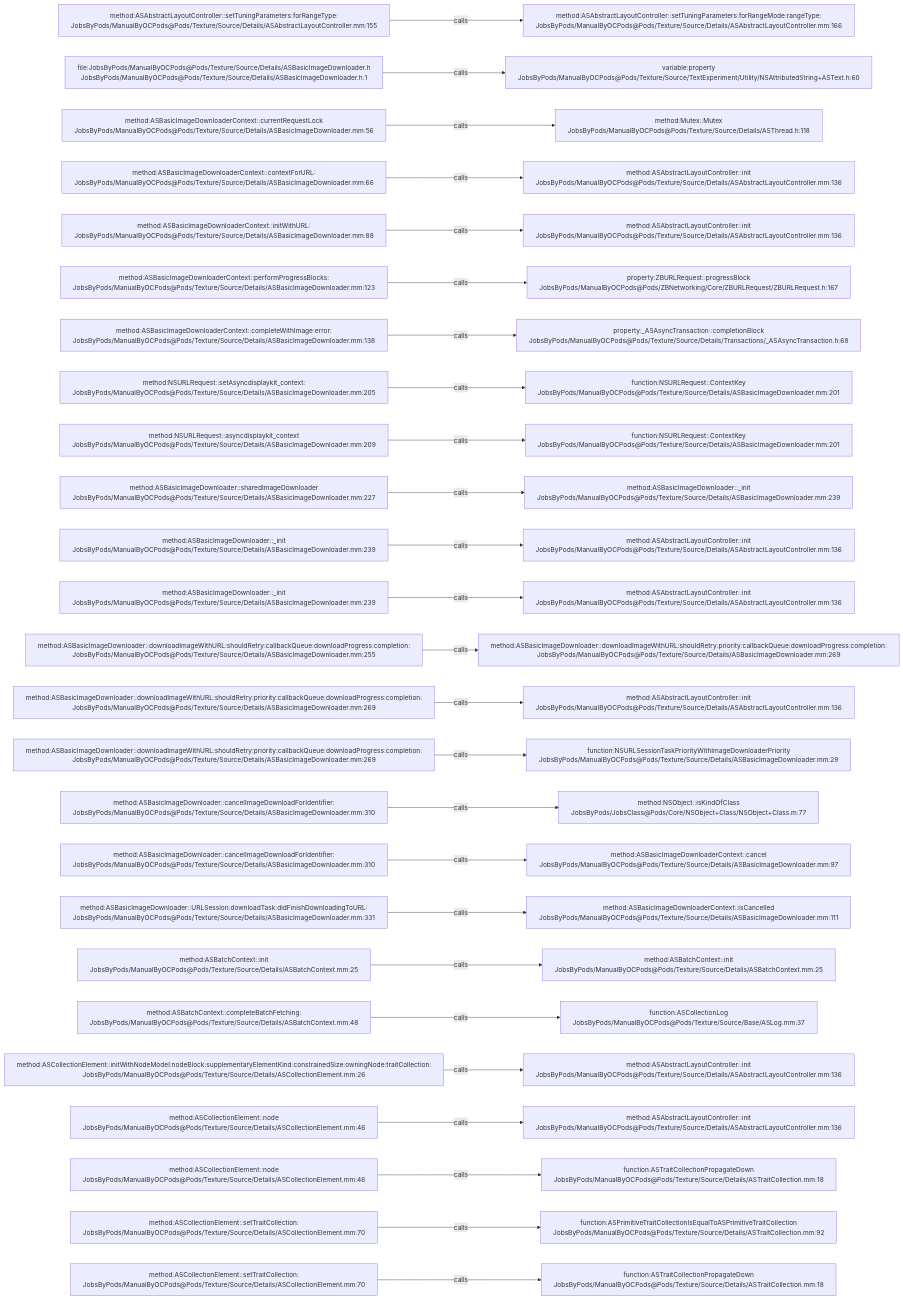
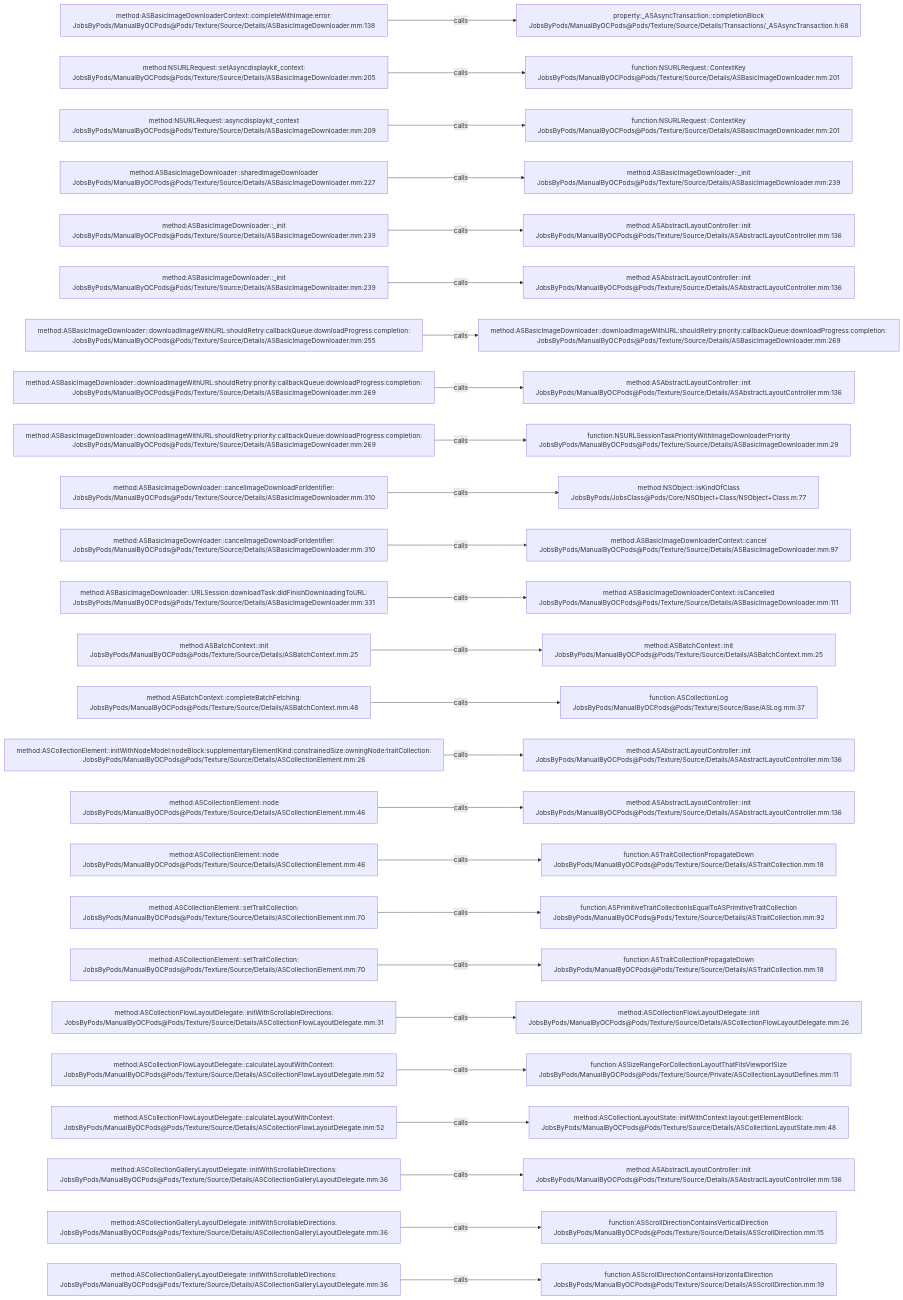
Before and after one commit to JobsKits/JobsOCBaseConfigDemo: the diagram in .codegraph/codegraph.md/graphs/calls-143.md, drawn with Mermaid. The commit also changed 666 other files, not shown here.

````diff
--- a/.codegraph/codegraph.md/graphs/calls-143.md
+++ b/.codegraph/codegraph.md/graphs/calls-143.md
@@ -13,78 +13,78 @@
 ```mermaid
 flowchart LR
-  S1["method:ASAbstractLayoutController::setTuningParameters:forRangeType:<br/>JobsByPods/ManualByOCPods@Pods/Texture/Source/Details/ASAbstractLayoutController.mm:155"]
-  T1["method:ASAbstractLayoutController::setTuningParameters:forRangeMode:rangeType:<br/>JobsByPods/ManualByOCPods@Pods/Texture/Source/Details/ASAbstractLayoutController.mm:166"]
+  S1["method:ASBasicImageDownloaderContext::completeWithImage:error:<br/>JobsByPods/ManualByOCPods@Pods/Texture/Source/Details/ASBasicImageDownloader.mm:138"]
+  T1["property:_ASAsyncTransaction::completionBlock<br/>JobsByPods/ManualByOCPods@Pods/Texture/Source/Details/Transactions/_ASAsyncTransaction.h:68"]
   S1 -->|calls| T1
-  S2["file:JobsByPods/ManualByOCPods@Pods/Texture/Source/Details/ASBasicImageDownloader.h<br/>JobsByPods/ManualByOCPods@Pods/Texture/Source/Details/ASBasicImageDownloader.h:1"]
-  T2["variable:property<br/>JobsByPods/ManualByOCPods@Pods/Texture/Source/TextExperiment/Utility/NSAttributedString+ASText.h:60"]
+  S2["method:NSURLRequest::setAsyncdisplaykit_context:<br/>JobsByPods/ManualByOCPods@Pods/Texture/Source/Details/ASBasicImageDownloader.mm:205"]
+  T2["function:NSURLRequest::ContextKey<br/>JobsByPods/ManualByOCPods@Pods/Texture/Source/Details/ASBasicImageDownloader.mm:201"]
   S2 -->|calls| T2
-  S3["method:ASBasicImageDownloaderContext::currentRequestLock<br/>JobsByPods/ManualByOCPods@Pods/Texture/Source/Details/ASBasicImageDownloader.mm:56"]
-  T3["method:Mutex::Mutex<br/>JobsByPods/ManualByOCPods@Pods/Texture/Source/Details/ASThread.h:118"]
+  S3["method:NSURLRequest::asyncdisplaykit_context<br/>JobsByPods/ManualByOCPods@Pods/Texture/Source/Details/ASBasicImageDownloader.mm:209"]
+  T3["function:NSURLRequest::ContextKey<br/>JobsByPods/ManualByOCPods@Pods/Texture/Source/Details/ASBasicImageDownloader.mm:201"]
   S3 -->|calls| T3
-  S4["method:ASBasicImageDownloaderContext::contextForURL:<br/>JobsByPods/ManualByOCPods@Pods/Texture/Source/Details/ASBasicImageDownloader.mm:66"]
-  T4["method:ASAbstractLayoutController::init<br/>JobsByPods/ManualByOCPods@Pods/Texture/Source/Details/ASAbstractLayoutController.mm:136"]
+  S4["method:ASBasicImageDownloader::sharedImageDownloader<br/>JobsByPods/ManualByOCPods@Pods/Texture/Source/Details/ASBasicImageDownloader.mm:227"]
+  T4["method:ASBasicImageDownloader::_init<br/>JobsByPods/ManualByOCPods@Pods/Texture/Source/Details/ASBasicImageDownloader.mm:239"]
   S4 -->|calls| T4
-  S5["method:ASBasicImageDownloaderContext::initWithURL:<br/>JobsByPods/ManualByOCPods@Pods/Texture/Source/Details/ASBasicImageDownloader.mm:88"]
+  S5["method:ASBasicImageDownloader::_init<br/>JobsByPods/ManualByOCPods@Pods/Texture/Source/Details/ASBasicImageDownloader.mm:239"]
   T5["method:ASAbstractLayoutController::init<br/>JobsByPods/ManualByOCPods@Pods/Texture/Source/Details/ASAbstractLayoutController.mm:136"]
   S5 -->|calls| T5
-  S6["method:ASBasicImageDownloaderContext::performProgressBlocks:<br/>JobsByPods/ManualByOCPods@Pods/Texture/Source/Details/ASBasicImageDownloader.mm:123"]
-  T6["property:ZBURLRequest::progressBlock<br/>JobsByPods/ManualByOCPods@Pods/ZBNetworking/Core/ZBURLRequest/ZBURLRequest.h:167"]
+  S6["method:ASBasicImageDownloader::_init<br/>JobsByPods/ManualByOCPods@Pods/Texture/Source/Details/ASBasicImageDownloader.mm:239"]
+  T6["method:ASAbstractLayoutController::init<br/>JobsByPods/ManualByOCPods@Pods/Texture/Source/Details/ASAbstractLayoutController.mm:136"]
   S6 -->|calls| T6
-  S7["method:ASBasicImageDownloaderContext::completeWithImage:error:<br/>JobsByPods/ManualByOCPods@Pods/Texture/Source/Details/ASBasicImageDownloader.mm:138"]
-  T7["property:_ASAsyncTransaction::completionBlock<br/>JobsByPods/ManualByOCPods@Pods/Texture/Source/Details/Transactions/_ASAsyncTransaction.h:68"]
+  S7["method:ASBasicImageDownloader::downloadImageWithURL:shouldRetry:callbackQueue:downloadProgress:completion:<br/>JobsByPods/ManualByOCPods@Pods/Texture/Source/Details/ASBasicImageDownloader.mm:255"]
+  T7["method:ASBasicImageDownloader::downloadImageWithURL:shouldRetry:priority:callbackQueue:downloadProgress:completion:<br/>JobsByPods/ManualByOCPods@Pods/Texture/Source/Details/ASBasicImageDownloader.mm:269"]
   S7 -->|calls| T7
-  S8["method:NSURLRequest::setAsyncdisplaykit_context:<br/>JobsByPods/ManualByOCPods@Pods/Texture/Source/Details/ASBasicImageDownloader.mm:205"]
-  T8["function:NSURLRequest::ContextKey<br/>JobsByPods/ManualByOCPods@Pods/Texture/Source/Details/ASBasicImageDownloader.mm:201"]
+  S8["method:ASBasicImageDownloader::downloadImageWithURL:shouldRetry:priority:callbackQueue:downloadProgress:completion:<br/>JobsByPods/ManualByOCPods@Pods/Texture/Source/Details/ASBasicImageDownloader.mm:269"]
+  T8["method:ASAbstractLayoutController::init<br/>JobsByPods/ManualByOCPods@Pods/Texture/Source/Details/ASAbstractLayoutController.mm:136"]
   S8 -->|calls| T8
-  S9["method:NSURLRequest::asyncdisplaykit_context<br/>JobsByPods/ManualByOCPods@Pods/Texture/Source/Details/ASBasicImageDownloader.mm:209"]
-  T9["function:NSURLRequest::ContextKey<br/>JobsByPods/ManualByOCPods@Pods/Texture/Source/Details/ASBasicImageDownloader.mm:201"]
+  S9["method:ASBasicImageDownloader::downloadImageWithURL:shouldRetry:priority:callbackQueue:downloadProgress:completion:<br/>JobsByPods/ManualByOCPods@Pods/Texture/Source/Details/ASBasicImageDownloader.mm:269"]
+  T9["function:NSURLSessionTaskPriorityWithImageDownloaderPriority<br/>JobsByPods/ManualByOCPods@Pods/Texture/Source/Details/ASBasicImageDownloader.mm:29"]
   S9 -->|calls| T9
-  S10["method:ASBasicImageDownloader::sharedImageDownloader<br/>JobsByPods/ManualByOCPods@Pods/Texture/Source/Details/ASBasicImageDownloader.mm:227"]
-  T10["method:ASBasicImageDownloader::_init<br/>JobsByPods/ManualByOCPods@Pods/Texture/Source/Details/ASBasicImageDownloader.mm:239"]
+  S10["method:ASBasicImageDownloader::cancelImageDownloadForIdentifier:<br/>JobsByPods/ManualByOCPods@Pods/Texture/Source/Details/ASBasicImageDownloader.mm:310"]
+  T10["method:NSObject::isKindOfClass<br/>JobsByPods/JobsClass@Pods/Core/NSObject+Class/NSObject+Class.m:77"]
   S10 -->|calls| T10
-  S11["method:ASBasicImageDownloader::_init<br/>JobsByPods/ManualByOCPods@Pods/Texture/Source/Details/ASBasicImageDownloader.mm:239"]
-  T11["method:ASAbstractLayoutController::init<br/>JobsByPods/ManualByOCPods@Pods/Texture/Source/Details/ASAbstractLayoutController.mm:136"]
+  S11["method:ASBasicImageDownloader::cancelImageDownloadForIdentifier:<br/>JobsByPods/ManualByOCPods@Pods/Texture/Source/Details/ASBasicImageDownloader.mm:310"]
+  T11["method:ASBasicImageDownloaderContext::cancel<br/>JobsByPods/ManualByOCPods@Pods/Texture/Source/Details/ASBasicImageDownloader.mm:97"]
   S11 -->|calls| T11
-  S12["method:ASBasicImageDownloader::_init<br/>JobsByPods/ManualByOCPods@Pods/Texture/Source/Details/ASBasicImageDownloader.mm:239"]
-  T12["method:ASAbstractLayoutController::init<br/>JobsByPods/ManualByOCPods@Pods/Texture/Source/Details/ASAbstractLayoutController.mm:136"]
+  S12["method:ASBasicImageDownloader::URLSession:downloadTask:didFinishDownloadingToURL:<br/>JobsByPods/ManualByOCPods@Pods/Texture/Source/Details/ASBasicImageDownloader.mm:331"]
+  T12["method:ASBasicImageDownloaderContext::isCancelled<br/>JobsByPods/ManualByOCPods@Pods/Texture/Source/Details/ASBasicImageDownloader.mm:111"]
   S12 -->|calls| T12
-  S13["method:ASBasicImageDownloader::downloadImageWithURL:shouldRetry:callbackQueue:downloadProgress:completion:<br/>JobsByPods/ManualByOCPods@Pods/Texture/Source/Details/ASBasicImageDownloader.mm:255"]
-  T13["method:ASBasicImageDownloader::downloadImageWithURL:shouldRetry:priority:callbackQueue:downloadProgress:completion:<br/>JobsByPods/ManualByOCPods@Pods/Texture/Source/Details/ASBasicImageDownloader.mm:269"]
+  S13["method:ASBatchContext::init<br/>JobsByPods/ManualByOCPods@Pods/Texture/Source/Details/ASBatchContext.mm:25"]
+  T13["method:ASBatchContext::init<br/>JobsByPods/ManualByOCPods@Pods/Texture/Source/Details/ASBatchContext.mm:25"]
   S13 -->|calls| T13
-  S14["method:ASBasicImageDownloader::downloadImageWithURL:shouldRetry:priority:callbackQueue:downloadProgress:completion:<br/>JobsByPods/ManualByOCPods@Pods/Texture/Source/Details/ASBasicImageDownloader.mm:269"]
-  T14["method:ASAbstractLayoutController::init<br/>JobsByPods/ManualByOCPods@Pods/Texture/Source/Details/ASAbstractLayoutController.mm:136"]
+  S14["method:ASBatchContext::completeBatchFetching:<br/>JobsByPods/ManualByOCPods@Pods/Texture/Source/Details/ASBatchContext.mm:48"]
+  T14["function:ASCollectionLog<br/>JobsByPods/ManualByOCPods@Pods/Texture/Source/Base/ASLog.mm:37"]
   S14 -->|calls| T14
-  S15["method:ASBasicImageDownloader::downloadImageWithURL:shouldRetry:priority:callbackQueue:downloadProgress:completion:<br/>JobsByPods/ManualByOCPods@Pods/Texture/Source/Details/ASBasicImageDownloader.mm:269"]
-  T15["function:NSURLSessionTaskPriorityWithImageDownloaderPriority<br/>JobsByPods/ManualByOCPods@Pods/Texture/Source/Details/ASBasicImageDownloader.mm:29"]
+  S15["method:ASCollectionElement::initWithNodeModel:nodeBlock:supplementaryElementKind:constrainedSize:owningNode:traitCollection:<br/>JobsByPods/ManualByOCPods@Pods/Texture/Source/Details/ASCollectionElement.mm:26"]
+  T15["method:ASAbstractLayoutController::init<br/>JobsByPods/ManualByOCPods@Pods/Texture/Source/Details/ASAbstractLayoutController.mm:136"]
   S15 -->|calls| T15
-  S16["method:ASBasicImageDownloader::cancelImageDownloadForIdentifier:<br/>JobsByPods/ManualByOCPods@Pods/Texture/Source/Details/ASBasicImageDownloader.mm:310"]
-  T16["method:NSObject::isKindOfClass<br/>JobsByPods/JobsClass@Pods/Core/NSObject+Class/NSObject+Class.m:77"]
+  S16["method:ASCollectionElement::node<br/>JobsByPods/ManualByOCPods@Pods/Texture/Source/Details/ASCollectionElement.mm:46"]
+  T16["method:ASAbstractLayoutController::init<br/>JobsByPods/ManualByOCPods@Pods/Texture/Source/Details/ASAbstractLayoutController.mm:136"]
   S16 -->|calls| T16
-  S17["method:ASBasicImageDownloader::cancelImageDownloadForIdentifier:<br/>JobsByPods/ManualByOCPods@Pods/Texture/Source/Details/ASBasicImageDownloader.mm:310"]
-  T17["method:ASBasicImageDownloaderContext::cancel<br/>JobsByPods/ManualByOCPods@Pods/Texture/Source/Details/ASBasicImageDownloader.mm:97"]
+  S17["method:ASCollectionElement::node<br/>JobsByPods/ManualByOCPods@Pods/Texture/Source/Details/ASCollectionElement.mm:46"]
+  T17["function:ASTraitCollectionPropagateDown<br/>JobsByPods/ManualByOCPods@Pods/Texture/Source/Details/ASTraitCollection.mm:18"]
   S17 -->|calls| T17
-  S18["method:ASBasicImageDownloader::URLSession:downloadTask:didFinishDownloadingToURL:<br/>JobsByPods/ManualByOCPods@Pods/Texture/Source/Details/ASBasicImageDownloader.mm:331"]
-  T18["method:ASBasicImageDownloaderContext::isCancelled<br/>JobsByPods/ManualByOCPods@Pods/Texture/Source/Details/ASBasicImageDownloader.mm:111"]
+  S18["method:ASCollectionElement::setTraitCollection:<br/>JobsByPods/ManualByOCPods@Pods/Texture/Source/Details/ASCollectionElement.mm:70"]
+  T18["function:ASPrimitiveTraitCollectionIsEqualToASPrimitiveTraitCollection<br/>JobsByPods/ManualByOCPods@Pods/Texture/Source/Details/ASTraitCollection.mm:92"]
   S18 -->|calls| T18
-  S19["method:ASBatchContext::init<br/>JobsByPods/ManualByOCPods@Pods/Texture/Source/Details/ASBatchContext.mm:25"]
-  T19["method:ASBatchContext::init<br/>JobsByPods/ManualByOCPods@Pods/Texture/Source/Details/ASBatchContext.mm:25"]
+  S19["method:ASCollectionElement::setTraitCollection:<br/>JobsByPods/ManualByOCPods@Pods/Texture/Source/Details/ASCollectionElement.mm:70"]
+  T19["function:ASTraitCollectionPropagateDown<br/>JobsByPods/ManualByOCPods@Pods/Texture/Source/Details/ASTraitCollection.mm:18"]
   S19 -->|calls| T19
-  S20["method:ASBatchContext::completeBatchFetching:<br/>JobsByPods/ManualByOCPods@Pods/Texture/Source/Details/ASBatchContext.mm:48"]
-  T20["function:ASCollectionLog<br/>JobsByPods/ManualByOCPods@Pods/Texture/Source/Base/ASLog.mm:37"]
+  S20["method:ASCollectionFlowLayoutDelegate::initWithScrollableDirections:<br/>JobsByPods/ManualByOCPods@Pods/Texture/Source/Details/ASCollectionFlowLayoutDelegate.mm:31"]
+  T20["method:ASCollectionFlowLayoutDelegate::init<br/>JobsByPods/ManualByOCPods@Pods/Texture/Source/Details/ASCollectionFlowLayoutDelegate.mm:26"]
   S20 -->|calls| T20
-  S21["method:ASCollectionElement::initWithNodeModel:nodeBlock:supplementaryElementKind:constrainedSize:owningNode:traitCollection:<br/>JobsByPods/ManualByOCPods@Pods/Texture/Source/Details/ASCollectionElement.mm:26"]
-  T21["method:ASAbstractLayoutController::init<br/>JobsByPods/ManualByOCPods@Pods/Texture/Source/Details/ASAbstractLayoutController.mm:136"]
+  S21["method:ASCollectionFlowLayoutDelegate::calculateLayoutWithContext:<br/>JobsByPods/ManualByOCPods@Pods/Texture/Source/Details/ASCollectionFlowLayoutDelegate.mm:52"]
+  T21["function:ASSizeRangeForCollectionLayoutThatFitsViewportSize<br/>JobsByPods/ManualByOCPods@Pods/Texture/Source/Private/ASCollectionLayoutDefines.mm:11"]
   S21 -->|calls| T21
-  S22["method:ASCollectionElement::node<br/>JobsByPods/ManualByOCPods@Pods/Texture/Source/Details/ASCollectionElement.mm:46"]
-  T22["method:ASAbstractLayoutController::init<br/>JobsByPods/ManualByOCPods@Pods/Texture/Source/Details/ASAbstractLayoutController.mm:136"]
+  S22["method:ASCollectionFlowLayoutDelegate::calculateLayoutWithContext:<br/>JobsByPods/ManualByOCPods@Pods/Texture/Source/Details/ASCollectionFlowLayoutDelegate.mm:52"]
+  T22["method:ASCollectionLayoutState::initWithContext:layout:getElementBlock:<br/>JobsByPods/ManualByOCPods@Pods/Texture/Source/Details/ASCollectionLayoutState.mm:48"]
   S22 -->|calls| T22
-  S23["method:ASCollectionElement::node<br/>JobsByPods/ManualByOCPods@Pods/Texture/Source/Details/ASCollectionElement.mm:46"]
-  T23["function:ASTraitCollectionPropagateDown<br/>JobsByPods/ManualByOCPods@Pods/Texture/Source/Details/ASTraitCollection.mm:18"]
+  S23["method:ASCollectionGalleryLayoutDelegate::initWithScrollableDirections:<br/>JobsByPods/ManualByOCPods@Pods/Texture/Source/Details/ASCollectionGalleryLayoutDelegate.mm:36"]
+  T23["method:ASAbstractLayoutController::init<br/>JobsByPods/ManualByOCPods@Pods/Texture/Source/Details/ASAbstractLayoutController.mm:136"]
   S23 -->|calls| T23
-  S24["method:ASCollectionElement::setTraitCollection:<br/>JobsByPods/ManualByOCPods@Pods/Texture/Source/Details/ASCollectionElement.mm:70"]
-  T24["function:ASPrimitiveTraitCollectionIsEqualToASPrimitiveTraitCollection<br/>JobsByPods/ManualByOCPods@Pods/Texture/Source/Details/ASTraitCollection.mm:92"]
+  S24["method:ASCollectionGalleryLayoutDelegate::initWithScrollableDirections:<br/>JobsByPods/ManualByOCPods@Pods/Texture/Source/Details/ASCollectionGalleryLayoutDelegate.mm:36"]
+  T24["function:ASScrollDirectionContainsVerticalDirection<br/>JobsByPods/ManualByOCPods@Pods/Texture/Source/Details/ASScrollDirection.mm:15"]
   S24 -->|calls| T24
-  S25["method:ASCollectionElement::setTraitCollection:<br/>JobsByPods/ManualByOCPods@Pods/Texture/Source/Details/ASCollectionElement.mm:70"]
-  T25["function:ASTraitCollectionPropagateDown<br/>JobsByPods/ManualByOCPods@Pods/Texture/Source/Details/ASTraitCollection.mm:18"]
+  S25["method:ASCollectionGalleryLayoutDelegate::initWithScrollableDirections:<br/>JobsByPods/ManualByOCPods@Pods/Texture/Source/Details/ASCollectionGalleryLayoutDelegate.mm:36"]
+  T25["function:ASScrollDirectionContainsHorizontalDirection<br/>JobsByPods/ManualByOCPods@Pods/Texture/Source/Details/ASScrollDirection.mm:19"]
   S25 -->|calls| T25
 ```
````
